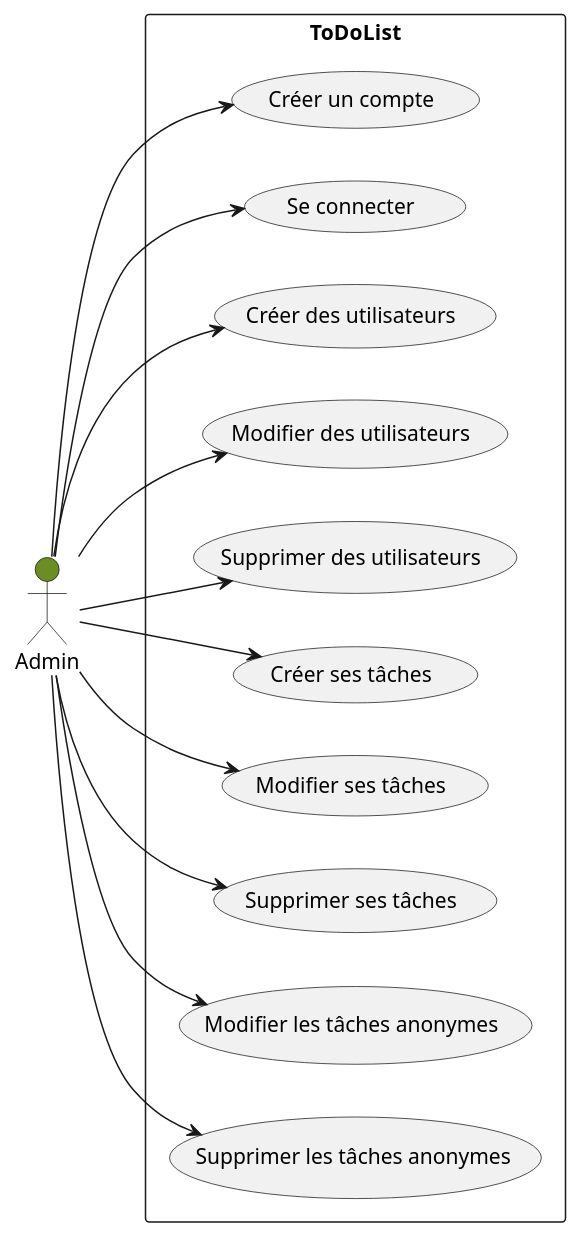
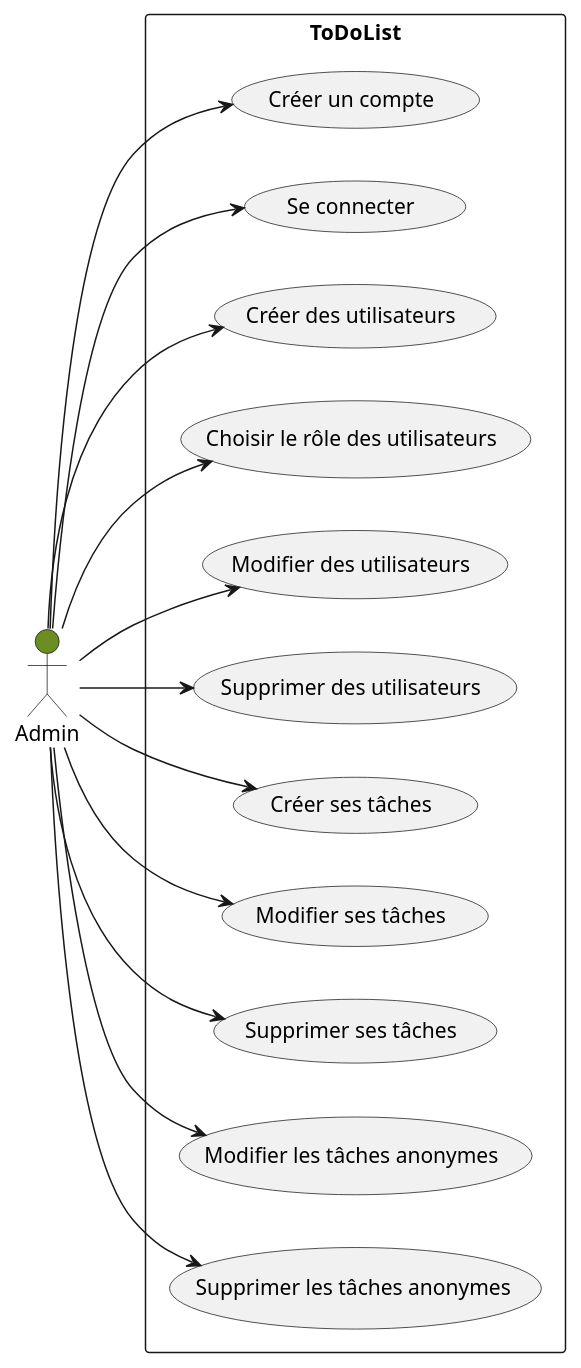
Before and after one commit to laurasullyalexandrine/todolist-v2: the diagram in public/docs/uml-diagrams/UserCase/Admin.puml, drawn with PlantUML. The commit also changed 1 other file, not shown here.

```diff
--- a/public/docs/uml-diagrams/UserCase/Admin.puml
+++ b/public/docs/uml-diagrams/UserCase/Admin.puml
@@ -1,33 +1,34 @@
 @startuml Admin
 
 left to right direction
 
 actor "Admin" as admin #OliveDrab
 
 rectangle ToDoList {
 
   usecase "Créer un compte" as UC1
   usecase "Se connecter" as UC2
   usecase "Créer des utilisateurs" as UC3
-  usecase "Modifier des utilisateurs" as UC4
-  usecase "Supprimer des utilisateurs" as UC5
-  usecase "Créer ses tâches" as UC6
-  usecase "Modifier ses tâches" as UC7
-  usecase "Supprimer ses tâches" as UC8
-  usecase "Modifier les tâches anonymes" as UC9
-  usecase "Supprimer les tâches anonymes" as UC10
+  usecase "Choisir le rôle des utilisateurs" as UC4
+  usecase "Modifier des utilisateurs" as UC5
+  usecase "Supprimer des utilisateurs" as UC6
+  usecase "Créer ses tâches" as UC7
+  usecase "Modifier ses tâches" as UC8
+  usecase "Supprimer ses tâches" as UC9
+  usecase "Modifier les tâches anonymes" as UC10
+  usecase "Supprimer les tâches anonymes" as UC11
   
 }
 
 admin --> UC1
 admin --> UC2
 admin --> UC3
 admin --> UC4
 admin --> UC5
 admin --> UC6
 admin --> UC7
 admin --> UC8
 admin --> UC9
 admin --> UC10
-
+admin --> UC11
 @enduml
```
